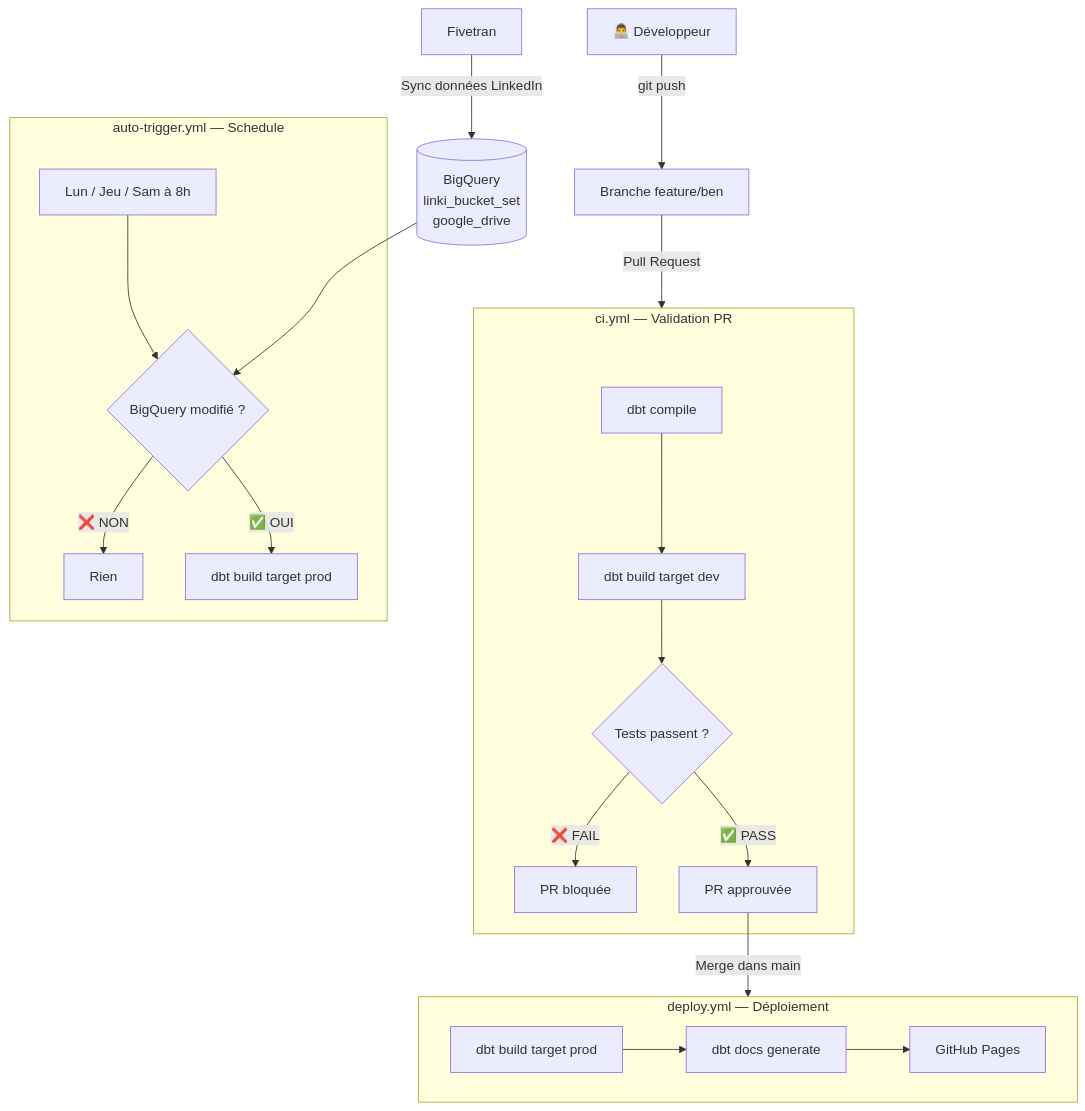
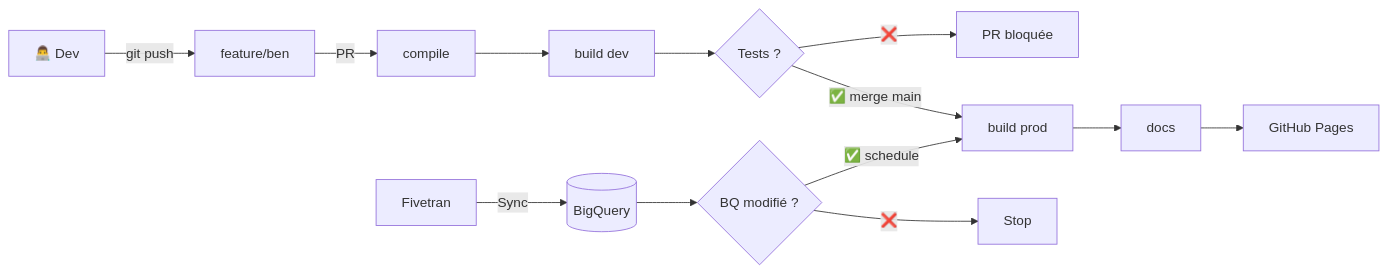
Before and after one commit to ballates/linkyhub_dbt: the third of 6 diagrams in README.md, drawn with Mermaid. The commit also changed other lines of this file and 2 other files, not shown here.

Commit message:
Set auto merged

````diff
--- a/README.md
+++ b/README.md
@@ -254,28 +222,10 @@
 ```mermaid
-flowchart TD
-    dev[👨‍💻 Développeur] -->|git push| branch[Branche feature/ben]
-    branch -->|Pull Request| ci
+flowchart LR
+    dev[👨‍💻 Dev] -->|git push| branch[feature/ben] -->|PR| c1[compile] --> c2[build dev] --> c3{Tests ?}
+    c3 -->|❌| block[PR bloquée]
+    c3 -->|✅ merge main| d1[build prod] --> d2[docs] --> d3[GitHub Pages]
 
-    subgraph ci [" ci.yml — Validation PR"]
-        c1[dbt compile] --> c2[dbt build target dev]
-        c2 --> c3{Tests passent ?}
-        c3 -->|❌ FAIL| block[PR bloquée]
-        c3 -->|✅ PASS| ok[PR approuvée]
-    end
-
-    ok -->|Merge dans main| deploy
-
-    subgraph deploy [" deploy.yml — Déploiement"]
-        d1[dbt build target prod] --> d2[dbt docs generate]
-        d2 --> d3[GitHub Pages]
-    end
-
-    subgraph trigger [" auto-trigger.yml — Schedule"]
-        t1[Lun / Jeu / Sam à 8h] --> t2{BigQuery modifié ?}
-        t2 -->|❌ NON| t3[Rien]
-        t2 -->|✅ OUI| t4[dbt build target prod]
-    end
-
-    fivetran[Fivetran] -->|Sync données LinkedIn| bq[(BigQuery\nlinki_bucket_set\ngoogle_drive)]
-    bq --> t2
+    fivetran[Fivetran] -->|Sync| bq[(BigQuery)] --> t2{BQ modifié ?}
+    t2 -->|❌| t3[Stop]
+    t2 -->|✅ schedule| d1
 ```
````
